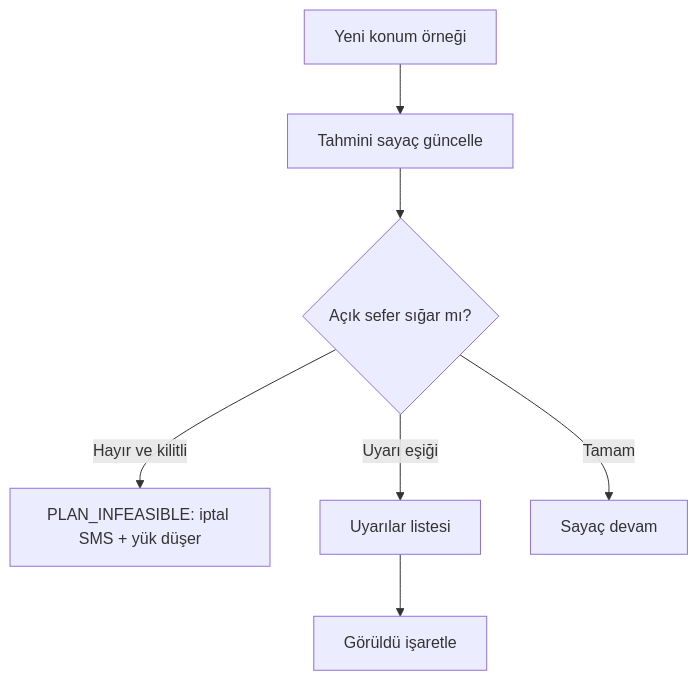
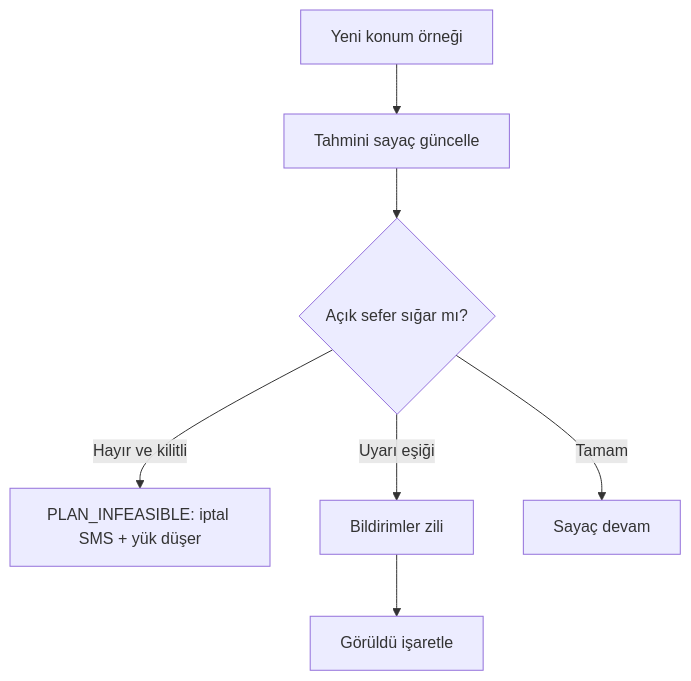
Before and after one commit to muslumcanozata/backhaul: diagram 12 of 15 in docs/workflow.md, drawn with Mermaid. The commit also changed other lines of this file and 13 other files, not shown here.

````diff
--- a/docs/workflow.md
+++ b/docs/workflow.md
@@ -309,9 +309,9 @@
 ```mermaid
 flowchart TD
   Pos[Yeni konum örneği] --> Tacho[Tahmini sayaç güncelle]
   Tacho --> Fit{Açık sefer sığar mı?}
   Fit -->|Hayır ve kilitli| Break[PLAN_INFEASIBLE: iptal SMS + yük düşer]
-  Fit -->|Uyarı eşiği| Alert[Uyarılar listesi]
+  Fit -->|Uyarı eşiği| Alert[Bildirimler zili]
   Fit -->|Tamam| Ok[Sayaç devam]
   Alert --> Seen[Görüldü işaretle]
 ```
````
